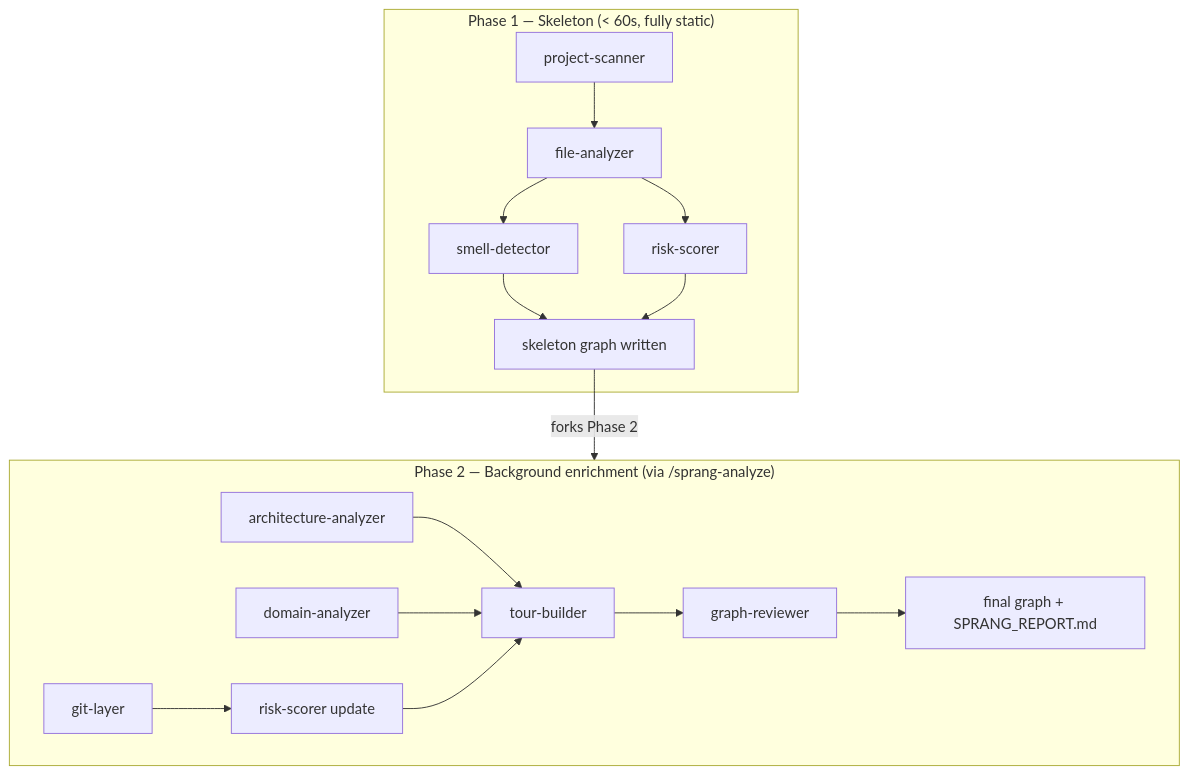
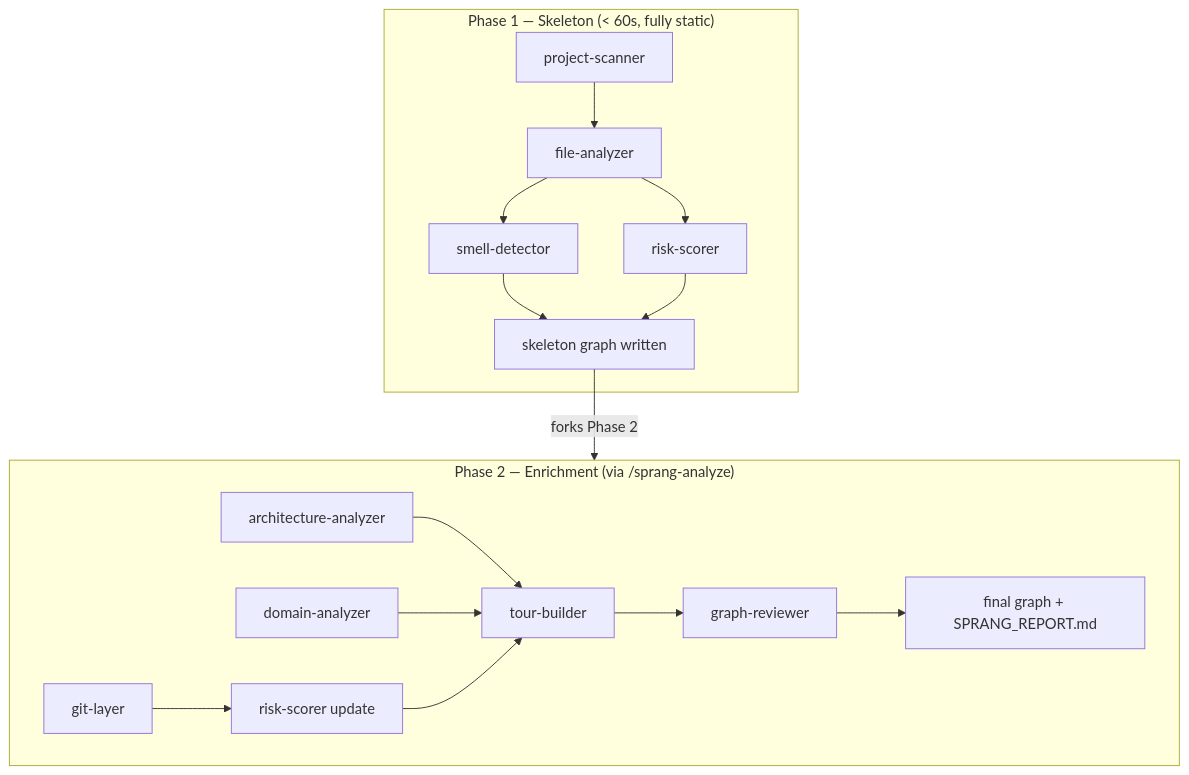
One commit to FavioVazquez/sprang changed the second of 3 diagrams in README.md. Above: the diagram before and after it, drawn with Mermaid. The commit also changed other lines of this file, not shown here.

````diff
--- a/README.md
+++ b/README.md
@@ -673,19 +567,19 @@
 ```mermaid
 flowchart TB
     subgraph Phase1 ["Phase 1 — Skeleton (< 60s, fully static)"]
         PS[project-scanner] --> FA[file-analyzer]
         FA --> SD[smell-detector]
         FA --> RS[risk-scorer]
         SD --> SG[skeleton graph written]
         RS --> SG
     end
-    subgraph Phase2 ["Phase 2 — Background enrichment (via /sprang-analyze)"]
+    subgraph Phase2 ["Phase 2 — Enrichment (via /sprang-analyze)"]
         G1[architecture-analyzer] --> TB[tour-builder]
         G2[domain-analyzer] --> TB
         G3[git-layer] --> RS2[risk-scorer update]
         RS2 --> TB
         TB --> GR[graph-reviewer]
         GR --> FG[final graph + SPRANG_REPORT.md]
     end
     SG -->|"forks Phase 2"| Phase2
 ```
````
